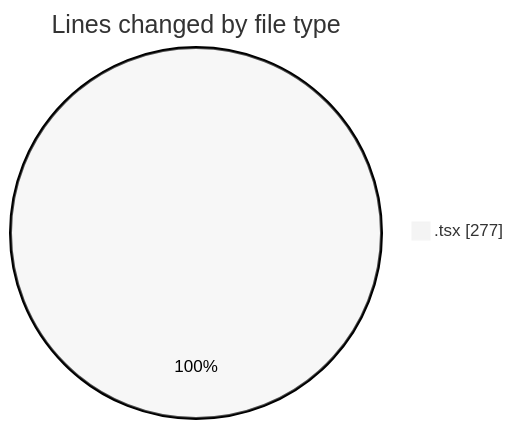
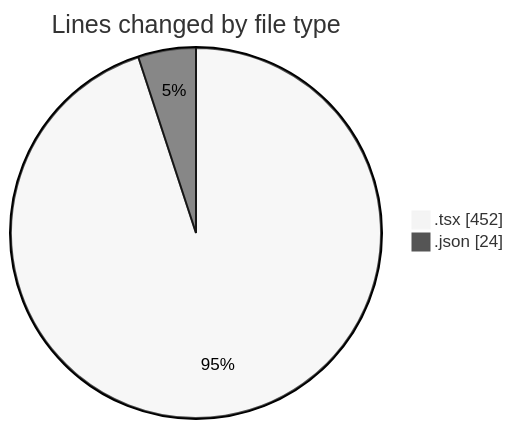
One commit to becaeroporto-bot/code-tracking changed the first of 2 diagrams in 2026-02-17/chatbot-ui-main/README.md. Above: the diagram before and after it, drawn with Mermaid (neutral theme). The commit also changed other lines of this file and 1 other file, not shown here.

````diff
--- a/2026-02-17/chatbot-ui-main/README.md
+++ b/2026-02-17/chatbot-ui-main/README.md
@@ -24,5 +25,6 @@
 ```mermaid
 pie showData
 title Lines changed by file type
-".tsx" : 277
+".tsx" : 452
+".json" : 24
 ```
````
